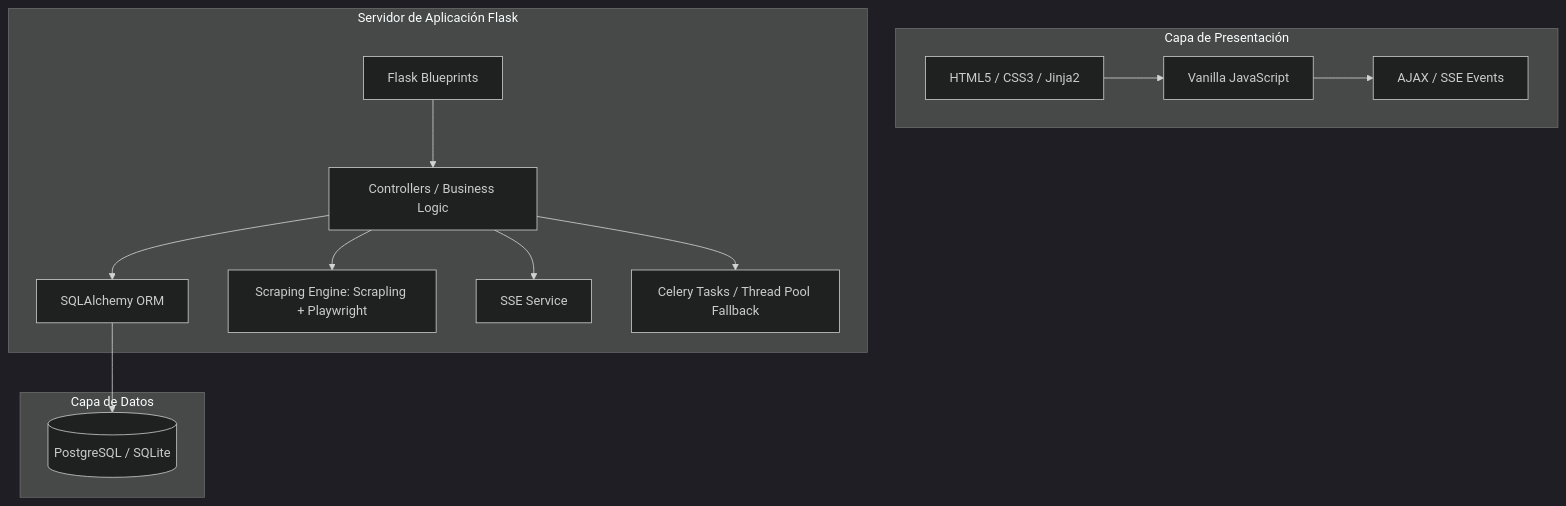
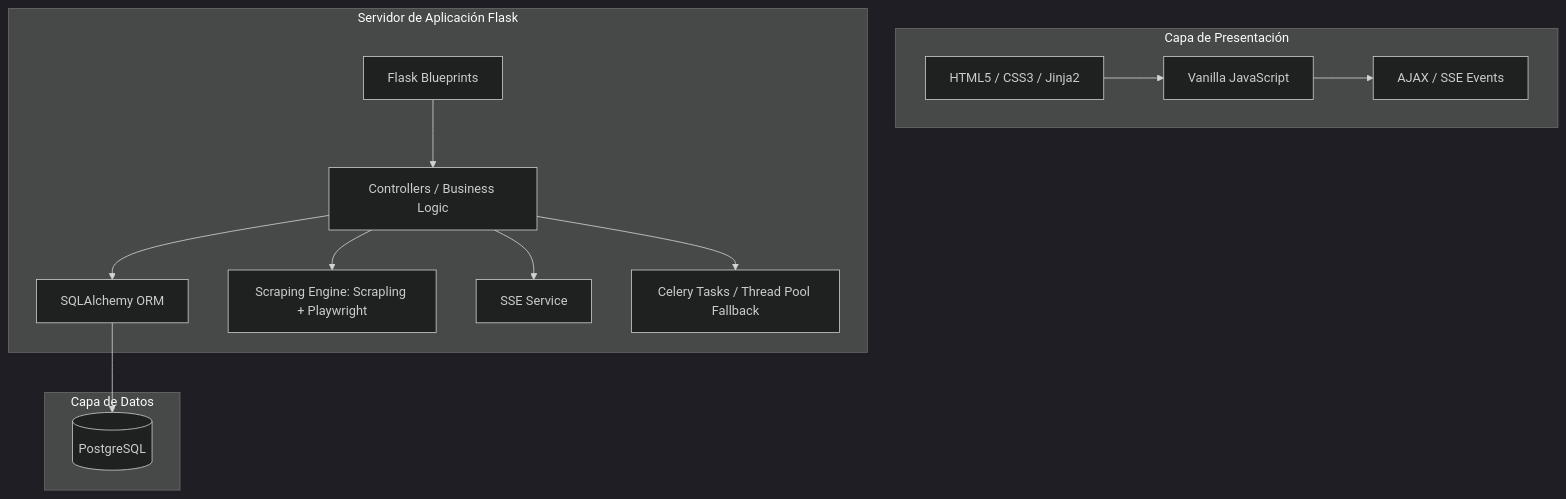
The first of 2 diagrams in DOCUMENTACION.md (Luis18A/ProyectoFinalSeminario2), drawn with Mermaid (dark theme) before and after one commit. The commit also changed other lines of this file and 3 other files, not shown here.

````diff
--- a/DOCUMENTACION.md
+++ b/DOCUMENTACION.md
@@ -25,19 +25,19 @@
 ```mermaid
 graph TD
     subgraph Frontend [Capa de Presentación]
         A[HTML5 / CSS3 / Jinja2] --> B[Vanilla JavaScript]
         B --> C[AJAX / SSE Events]
     end
 
     subgraph Backend [Servidor de Aplicación Flask]
         D[Flask Blueprints] --> E[Controllers / Business Logic]
         E --> F[SQLAlchemy ORM]
         E --> G[Scraping Engine: Scrapling + Playwright]
         E --> H[SSE Service]
         E --> I[Celery Tasks / Thread Pool Fallback]
     end
 
     subgraph Persistence [Capa de Datos]
-        F --> J[(PostgreSQL / SQLite)]
+        F --> J[(PostgreSQL)]
     end
 ```
````
